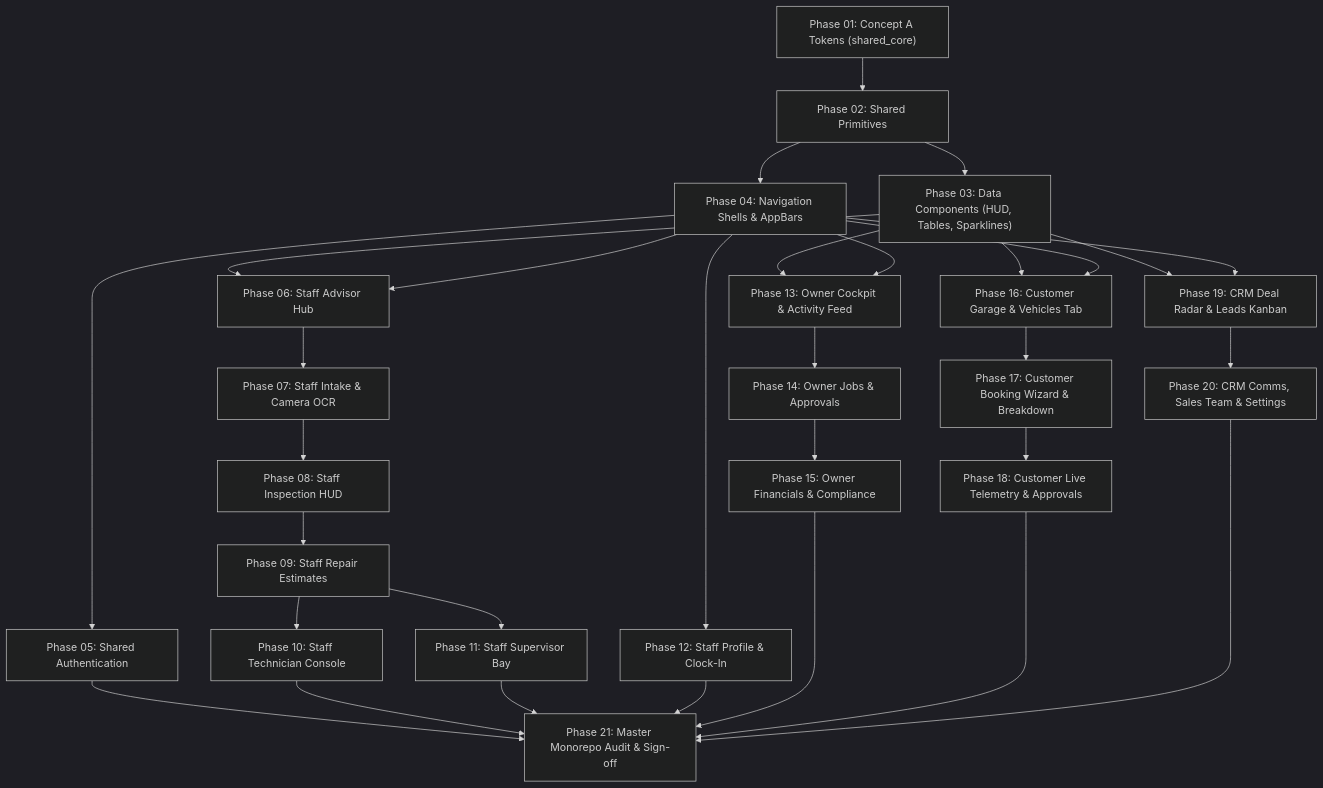
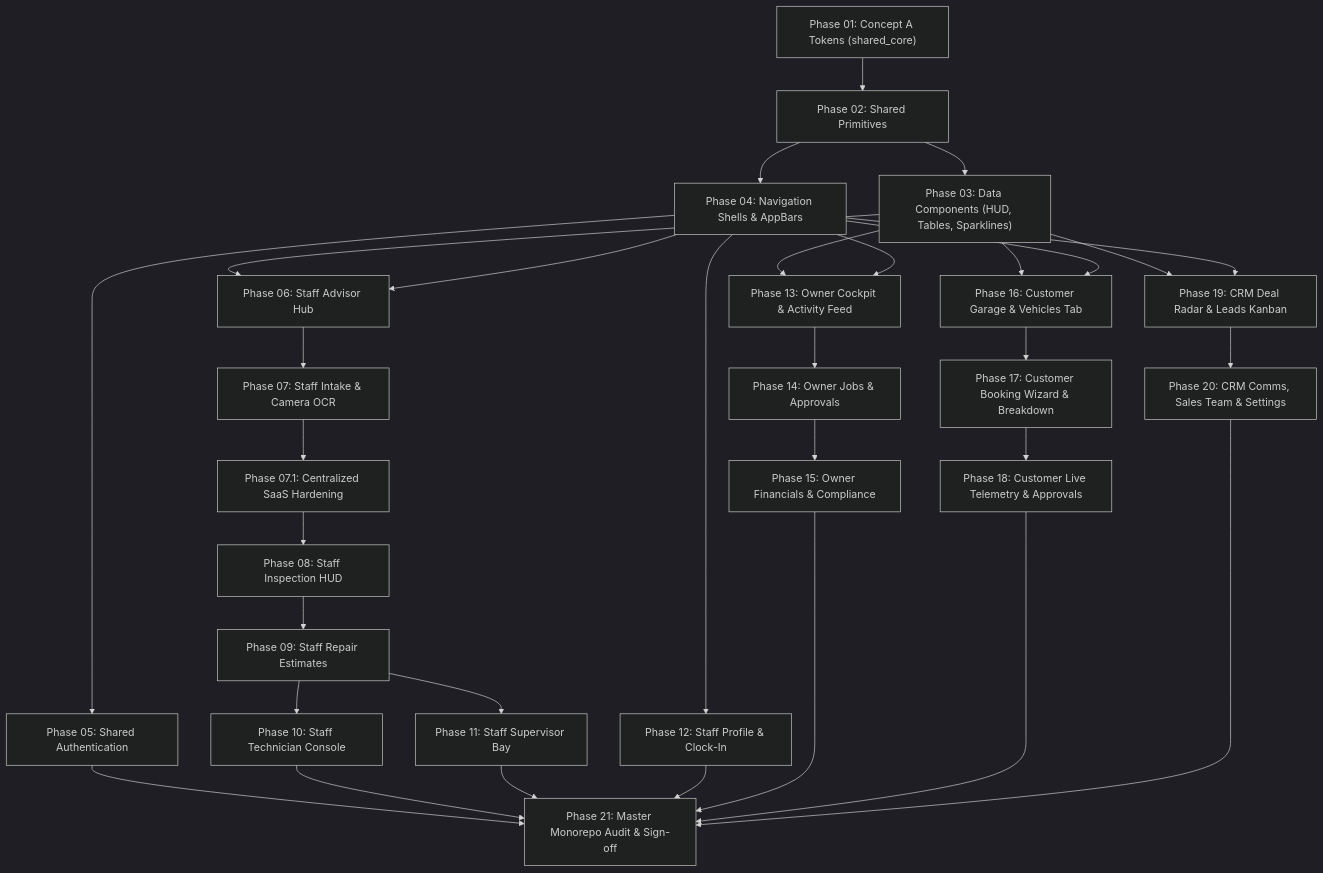
The diagram in phases/redesign_v2/README.md (Syed-Moiz-Ali/orientmobileapplication), drawn with Mermaid (dark theme) before and after one commit. The commit also changed other lines of this file and 493 other files, not shown here.

````diff
--- a/phases/redesign_v2/README.md
+++ b/phases/redesign_v2/README.md
@@ -96,38 +97,39 @@
 ```mermaid
 flowchart TD
     P01["Phase 01: Concept A Tokens (shared_core)"] --> P02["Phase 02: Shared Primitives"]
     P02 --> P03["Phase 03: Data Components (HUD, Tables, Sparklines)"]
     P02 --> P04["Phase 04: Navigation Shells & AppBars"]
     P04 --> P05["Phase 05: Shared Authentication"]
     
     P03 --> P06["Phase 06: Staff Advisor Hub"]
     P04 --> P06
     P06 --> P07["Phase 07: Staff Intake & Camera OCR"]
-    P07 --> P08["Phase 08: Staff Inspection HUD"]
+    P07 --> P071["Phase 07.1: Centralized SaaS Hardening"]
+    P071 --> P08["Phase 08: Staff Inspection HUD"]
     P08 --> P09["Phase 09: Staff Repair Estimates"]
     P09 --> P10["Phase 10: Staff Technician Console"]
     P09 --> P11["Phase 11: Staff Supervisor Bay"]
     P04 --> P12["Phase 12: Staff Profile & Clock-In"]
     
     P03 --> P13["Phase 13: Owner Cockpit & Activity Feed"]
     P04 --> P13
     P13 --> P14["Phase 14: Owner Jobs & Approvals"]
     P14 --> P15["Phase 15: Owner Financials & Compliance"]
     
     P03 --> P16["Phase 16: Customer Garage & Vehicles Tab"]
     P04 --> P16
     P16 --> P17["Phase 17: Customer Booking Wizard & Breakdown"]
     P17 --> P18["Phase 18: Customer Live Telemetry & Approvals"]
     
     P03 --> P19["Phase 19: CRM Deal Radar & Leads Kanban"]
     P04 --> P19
     P19 --> P20["Phase 20: CRM Comms, Sales Team & Settings"]
     
     P05 --> P21["Phase 21: Master Monorepo Audit & Sign-off"]
     P10 --> P21
     P11 --> P21
     P12 --> P21
     P15 --> P21
     P18 --> P21
     P20 --> P21
 ```
````
